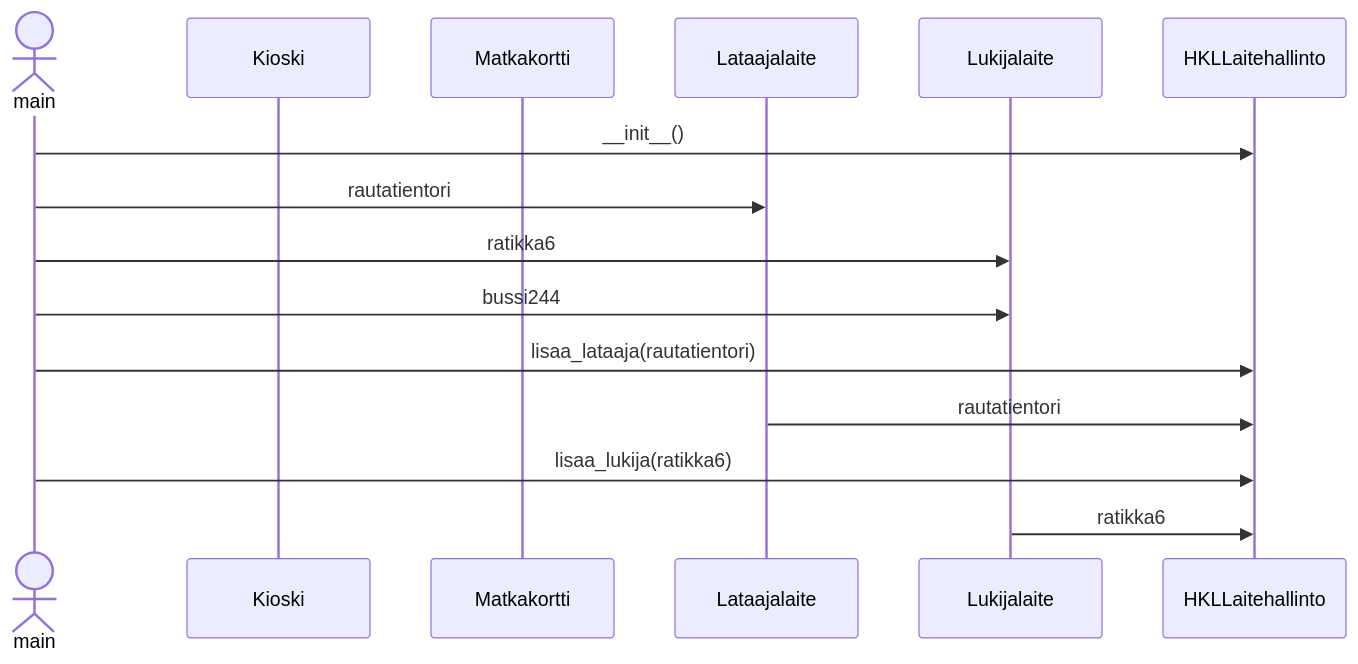
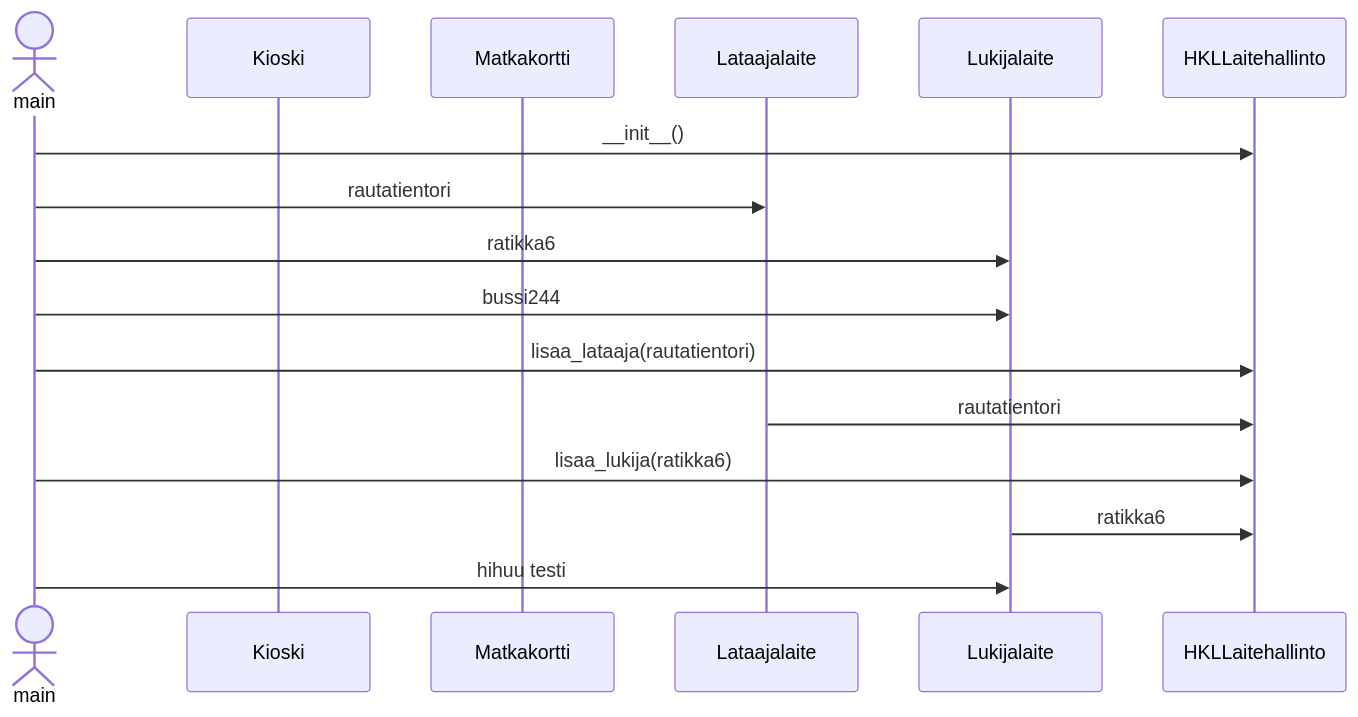
One commit to Desipeli/ot-harjoitustyo changed the diagram in laskarit/viikko3/laajempisekvenssi.md. Above: the diagram before and after it, drawn with Mermaid.

````diff
--- a/laskarit/viikko3/laajempisekvenssi.md
+++ b/laskarit/viikko3/laajempisekvenssi.md
@@ -1,23 +1,23 @@
 ```mermaid
 sequenceDiagram
 	actor main
 	participant Kioski
 	participant Matkakortti
 	participant Lataajalaite
 	participant Lukijalaite
 	participant HKLLaitehallinto
 	main->>HKLLaitehallinto: __init__()
 	main->>Lataajalaite: rautatientori
 	main->>Lukijalaite: ratikka6
 	main->>Lukijalaite: bussi244
 	main->>HKLLaitehallinto: lisaa_lataaja(rautatientori)
 	Lataajalaite->>HKLLaitehallinto: rautatientori
 	main->>HKLLaitehallinto: lisaa_lukija(ratikka6)
 	Lukijalaite->>HKLLaitehallinto: ratikka6
 	
 	
-
+	main->>Lukijalaite: hihuu testi
 	
 	
 
 ```
````
